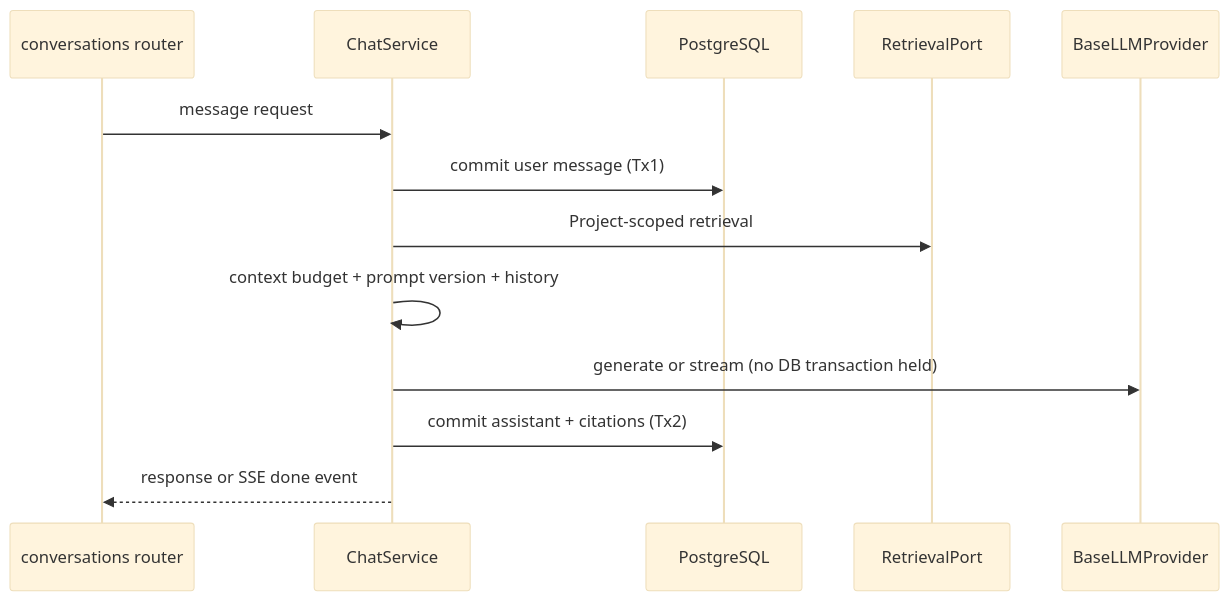
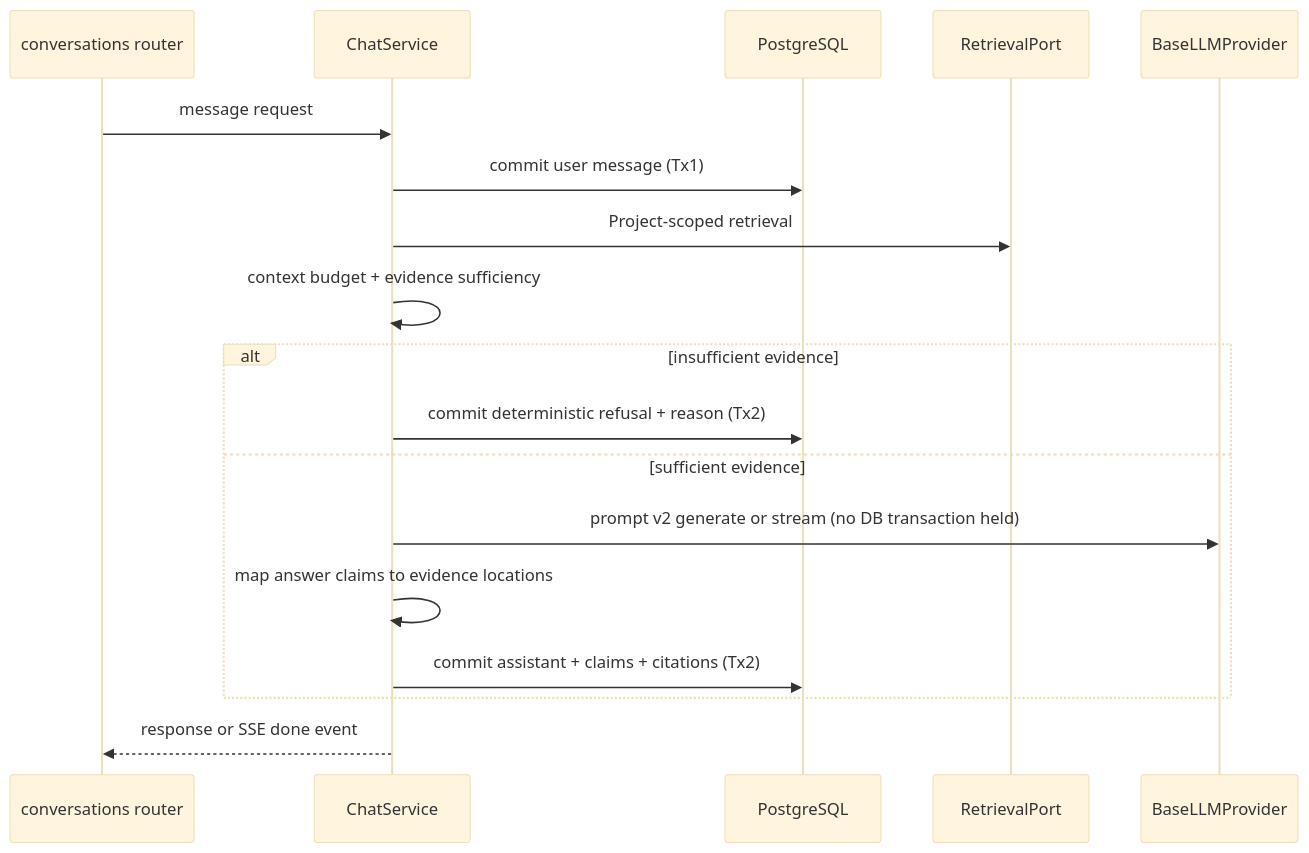
One commit to Jrahimin/rag-builder changed the third of 4 diagrams in docs/architecture/rag-runtime-flows.md. Above: the diagram before and after it, drawn with Mermaid (base theme). The commit also changed other lines of this file and 84 other files, not shown here.

````diff
--- a/docs/architecture/rag-runtime-flows.md
+++ b/docs/architecture/rag-runtime-flows.md
@@ -140,16 +141,21 @@
 ```mermaid
 sequenceDiagram
     participant API as conversations router
     participant Chat as ChatService
     participant DB as PostgreSQL
     participant Search as RetrievalPort
     participant LLM as BaseLLMProvider
 
     API->>Chat: message request
     Chat->>DB: commit user message (Tx1)
     Chat->>Search: Project-scoped retrieval
-    Chat->>Chat: context budget + prompt version + history
-    Chat->>LLM: generate or stream (no DB transaction held)
-    Chat->>DB: commit assistant + citations (Tx2)
+    Chat->>Chat: context budget + evidence sufficiency
+    alt insufficient evidence
+        Chat->>DB: commit deterministic refusal + reason (Tx2)
+    else sufficient evidence
+        Chat->>LLM: prompt v2 generate or stream (no DB transaction held)
+        Chat->>Chat: map answer claims to evidence locations
+        Chat->>DB: commit assistant + claims + citations (Tx2)
+    end
     Chat-->>API: response or SSE done event
 ```
````
